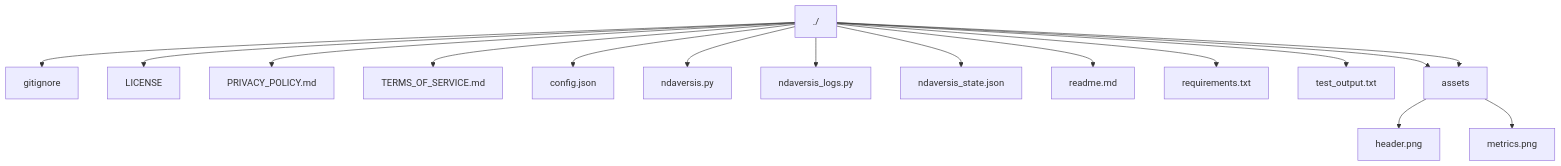
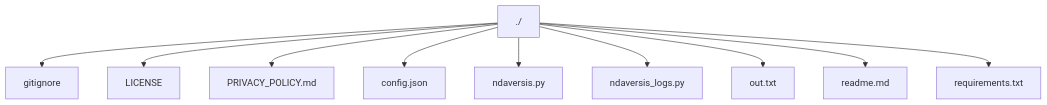
The third of 5 diagrams in readme.md (lystwork/ndaversis), drawn with Mermaid before and after one commit. The commit also changed other lines of this file and 5 other files, not shown here.

````diff
--- a/readme.md
+++ b/readme.md
@@ -319,19 +313,13 @@
 ```mermaid
 graph TD
     Root[./]
     Root --> node_gitignore["gitignore"]
     Root --> node_LICENSE["LICENSE"]
     Root --> node_PRIVACY_POLICY_md["PRIVACY_POLICY.md"]
-    Root --> node_TERMS_OF_SERVICE_md["TERMS_OF_SERVICE.md"]
     Root --> node_config_json["config.json"]
     Root --> node_ndaversis_py["ndaversis.py"]
     Root --> node_ndaversis_logs_py["ndaversis_logs.py"]
-    Root --> node_ndaversis_state_json["ndaversis_state.json"]
+    Root --> node_out_txt["out.txt"]
     Root --> node_readme_md["readme.md"]
     Root --> node_requirements_txt["requirements.txt"]
-    Root --> node_test_output_txt["test_output.txt"]
-    Root --> node_assets["assets"]
-    node_assets --> node_assets_header_png["header.png"]
-    Root --> node_assets["assets"]
-    node_assets --> node_assets_metrics_png["metrics.png"]
 ```
````
